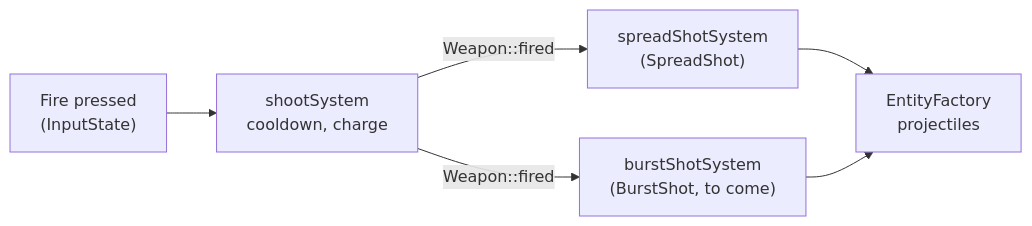
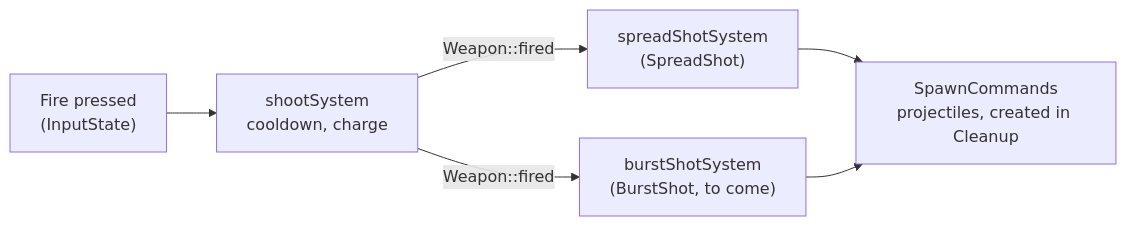
One commit to T3a1/RType-mirror changed the diagram in docs/WEAPONS.md. Above: the diagram before and after it, drawn with Mermaid. The commit also changed other lines of this file, not shown here.

Commit message:
(architecture) docs: shot styles use spawn commands
New shot styles request their projectiles instead of calling the
factory.

````diff
--- a/docs/WEAPONS.md
+++ b/docs/WEAPONS.md
@@ -70,8 +70,8 @@
 ```mermaid
 flowchart LR
     input["Fire pressed<br/>(InputState)"] --> shoot["shootSystem<br/>cooldown, charge"]
     shoot -- "Weapon::fired" --> spread["spreadShotSystem<br/>(SpreadShot)"]
     shoot -- "Weapon::fired" --> other["burstShotSystem<br/>(BurstShot, to come)"]
-    spread --> factory["EntityFactory<br/>projectiles"]
-    other --> factory
+    spread --> commands["SpawnCommands<br/>projectiles, created in Cleanup"]
+    other --> commands
 ```
````
